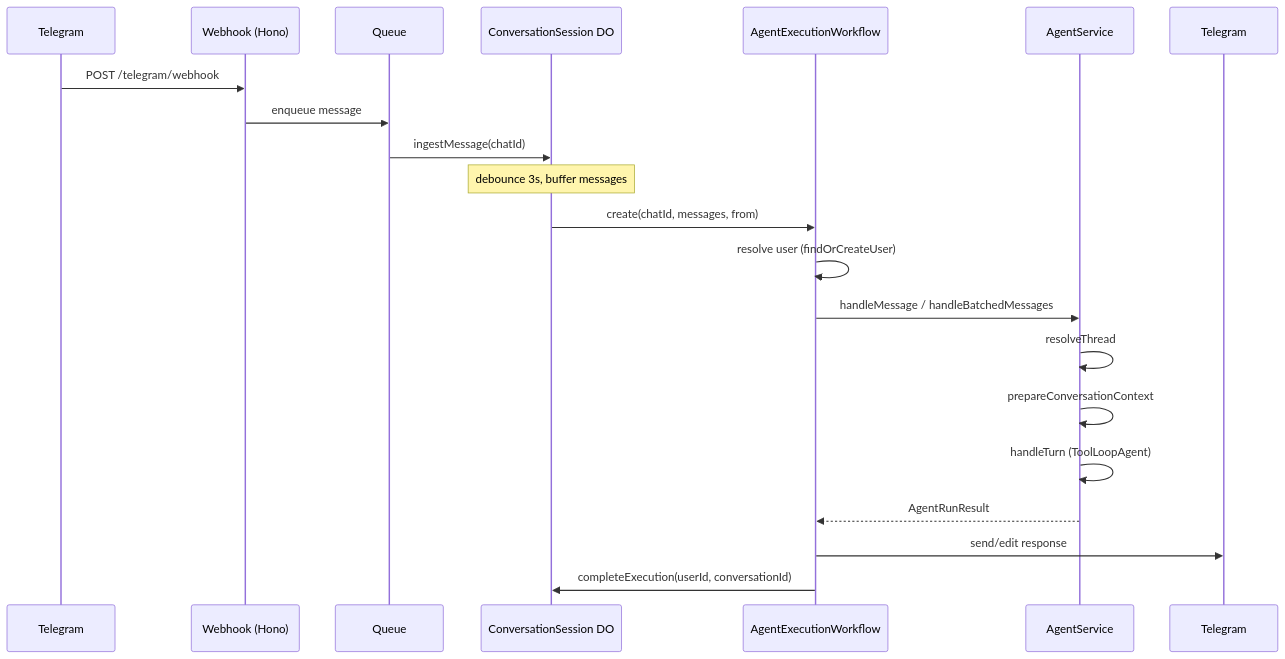
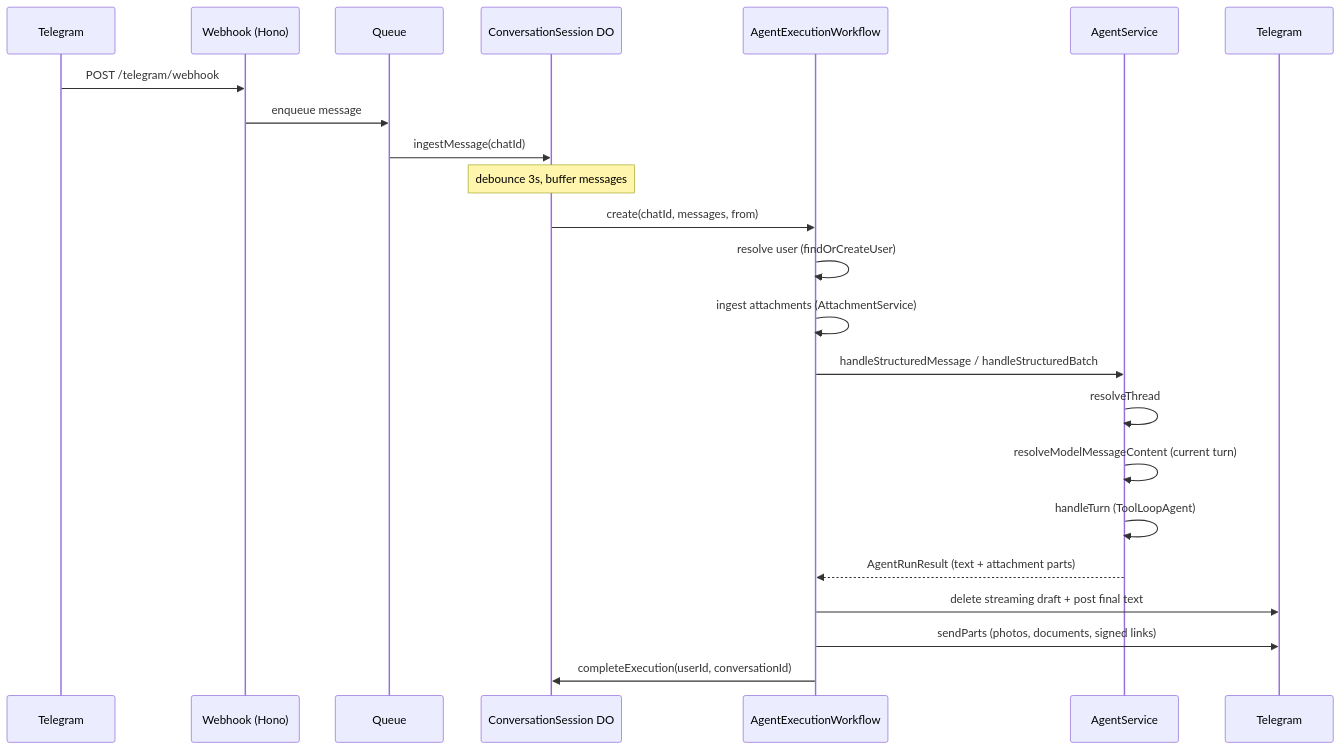
The first of 4 diagrams in docs/RUNTIME.md (punitarani/amby), drawn with Mermaid before and after one commit. The commit also changed other lines of this file and 6 other files, not shown here.

First line of the commit message:
Enhance file input handling for Telegram attachments and streaming responses

````diff
--- a/docs/RUNTIME.md
+++ b/docs/RUNTIME.md
@@ -7,24 +7,26 @@
 ```mermaid
 sequenceDiagram
     participant TG as Telegram
     participant WH as Webhook (Hono)
     participant Q as Queue
     participant DO as ConversationSession DO
     participant WF as AgentExecutionWorkflow
     participant AG as AgentService
     participant TG2 as Telegram
 
     TG->>WH: POST /telegram/webhook
     WH->>Q: enqueue message
     Q->>DO: ingestMessage(chatId)
     Note over DO: debounce 3s, buffer messages
     DO->>WF: create(chatId, messages, from)
     WF->>WF: resolve user (findOrCreateUser)
-    WF->>AG: handleMessage / handleBatchedMessages
+    WF->>WF: ingest attachments (AttachmentService)
+    WF->>AG: handleStructuredMessage / handleStructuredBatch
     AG->>AG: resolveThread
-    AG->>AG: prepareConversationContext
+    AG->>AG: resolveModelMessageContent (current turn)
     AG->>AG: handleTurn (ToolLoopAgent)
-    AG-->>WF: AgentRunResult
-    WF->>TG2: send/edit response
+    AG-->>WF: AgentRunResult (text + attachment parts)
+    WF->>TG2: delete streaming draft + post final text
+    WF->>TG2: sendParts (photos, documents, signed links)
     WF->>DO: completeExecution(userId, conversationId)
 ```
````
